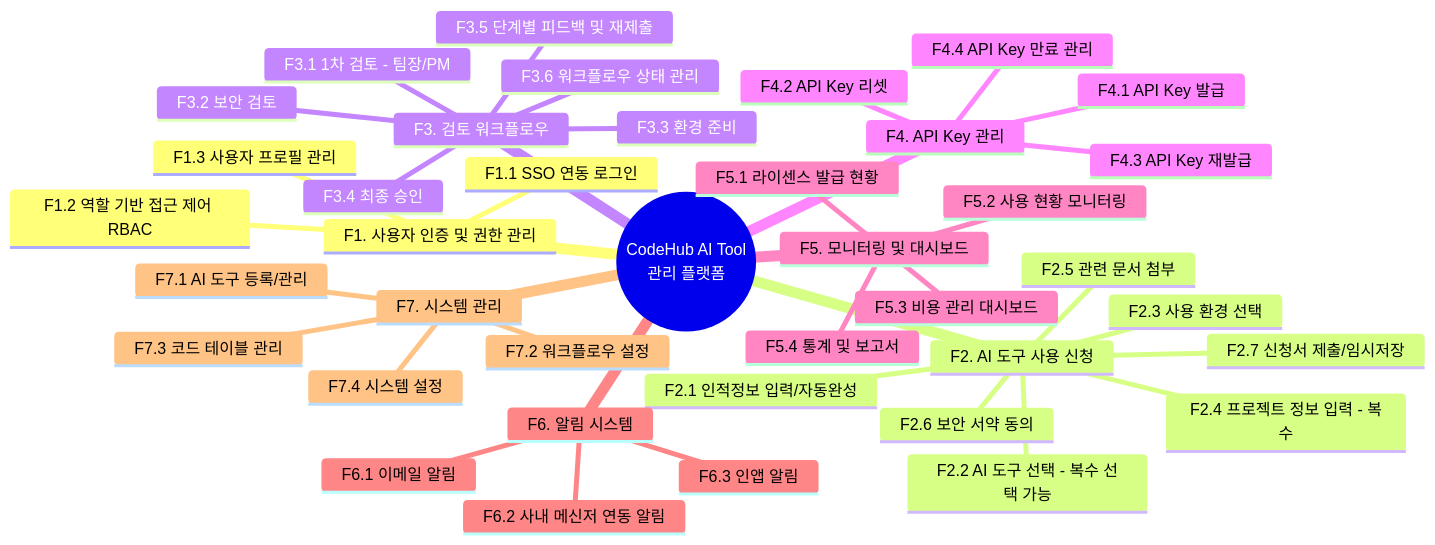
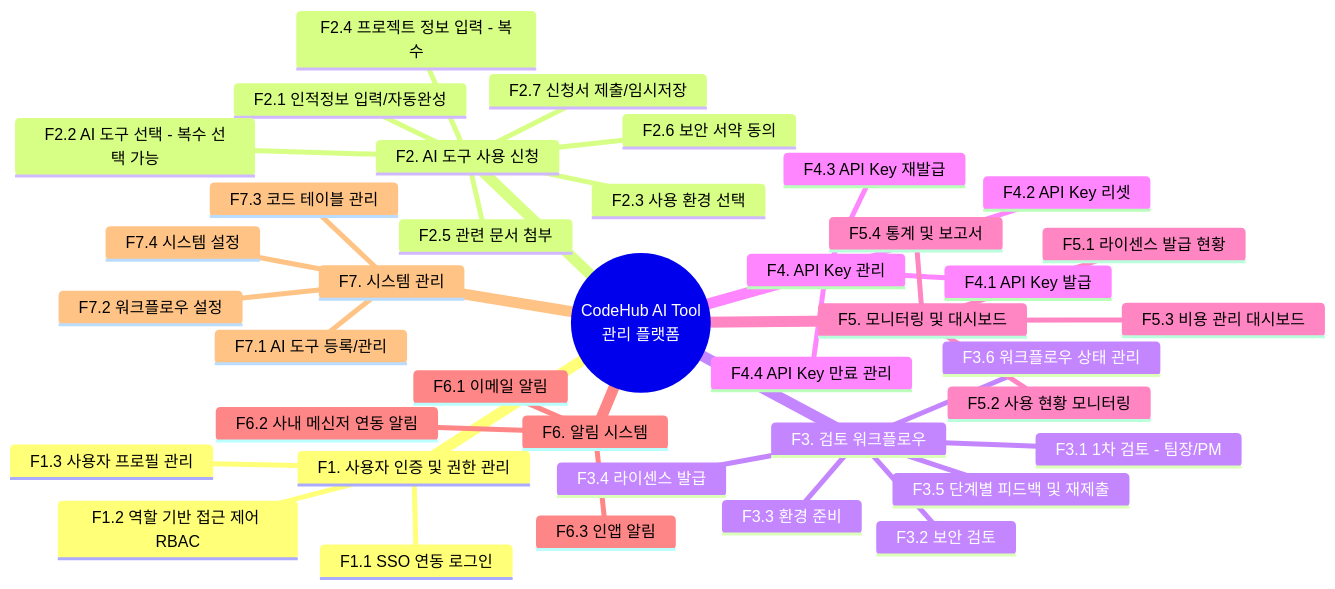
Before and after one commit to nuriguri1228/codehub-manage-aitool: the second of 11 diagrams in docs/01_프로젝트_기획안.md, drawn with Mermaid. The commit also changed other lines of this file and 10 other files, not shown here.

First line of the commit message:
Implement LICENSE_ISSUANCE feature and update all docs to new review flow

````diff
--- a/docs/01_프로젝트_기획안.md
+++ b/docs/01_프로젝트_기획안.md
@@ -267,42 +258,42 @@
 ```mermaid
 mindmap
   root((CodeHub AI Tool<br/>관리 플랫폼))
     F1. 사용자 인증 및 권한 관리
       F1.1 SSO 연동 로그인
       F1.2 역할 기반 접근 제어 RBAC
       F1.3 사용자 프로필 관리
     F2. AI 도구 사용 신청
       F2.1 인적정보 입력/자동완성
       F2.2 AI 도구 선택 - 복수 선택 가능
       F2.3 사용 환경 선택
       F2.4 프로젝트 정보 입력 - 복수
       F2.5 관련 문서 첨부
       F2.6 보안 서약 동의
       F2.7 신청서 제출/임시저장
     F3. 검토 워크플로우
       F3.1 1차 검토 - 팀장/PM
       F3.2 보안 검토
       F3.3 환경 준비
-      F3.4 최종 승인
+      F3.4 라이센스 발급
       F3.5 단계별 피드백 및 재제출
       F3.6 워크플로우 상태 관리
     F4. API Key 관리
       F4.1 API Key 발급
       F4.2 API Key 리셋
       F4.3 API Key 재발급
       F4.4 API Key 만료 관리
     F5. 모니터링 및 대시보드
       F5.1 라이센스 발급 현황
       F5.2 사용 현황 모니터링
       F5.3 비용 관리 대시보드
       F5.4 통계 및 보고서
     F6. 알림 시스템
       F6.1 이메일 알림
       F6.2 사내 메신저 연동 알림
       F6.3 인앱 알림
     F7. 시스템 관리
       F7.1 AI 도구 등록/관리
       F7.2 워크플로우 설정
       F7.3 코드 테이블 관리
       F7.4 시스템 설정
 ```
````
